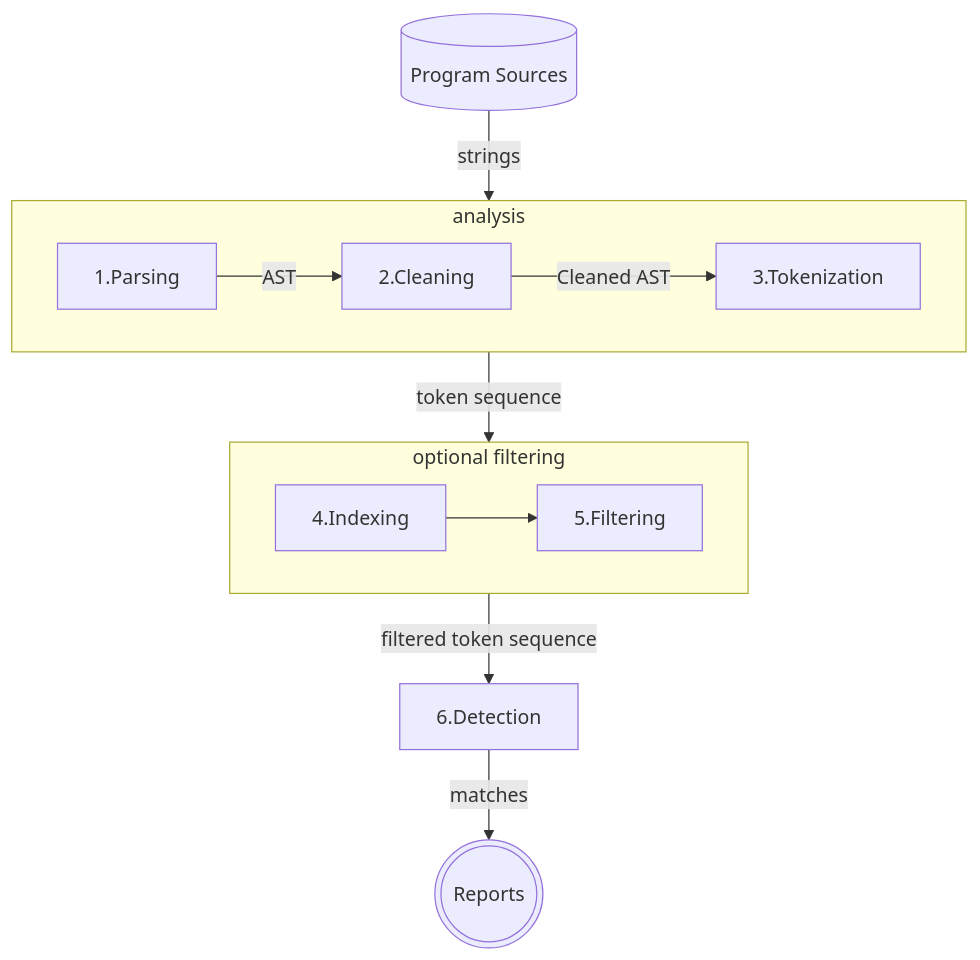
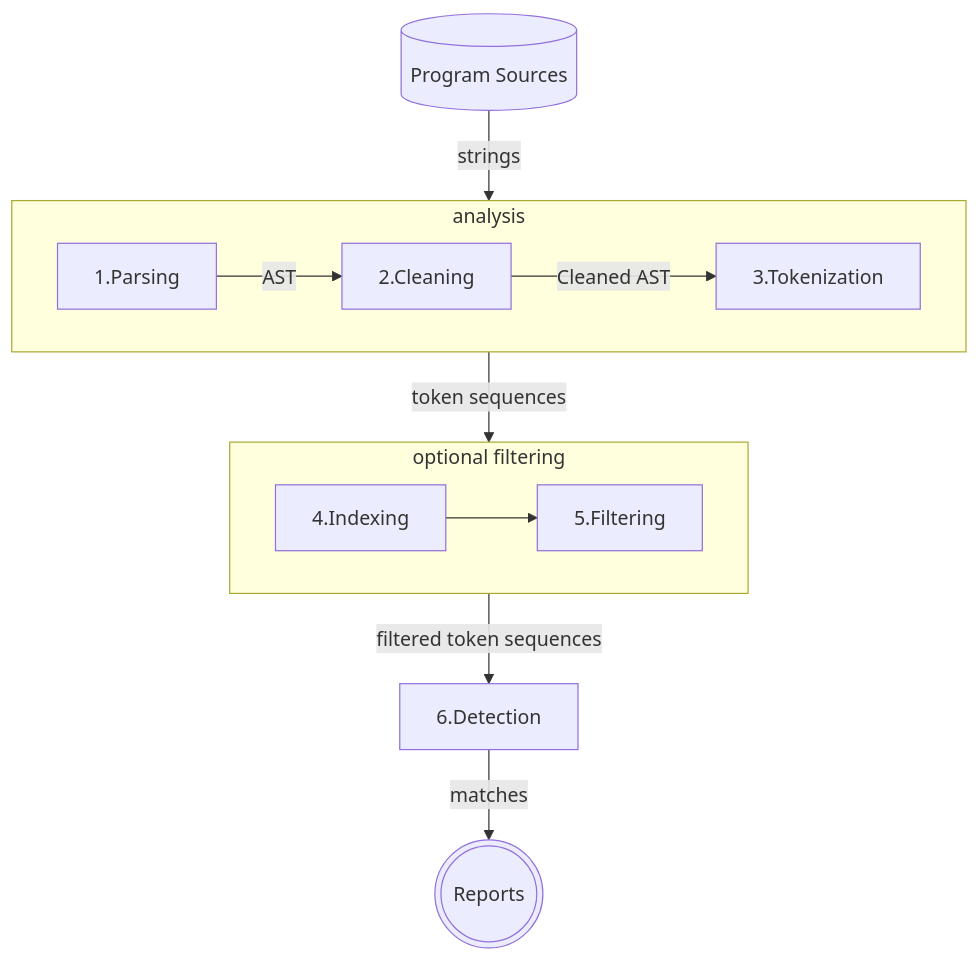
Before and after one commit to tassiLuca/bachelor-thesis: the diagram in resources/schemas/03-system-overview.mmd, drawn with Mermaid. The commit also changed 3 other files, not shown here.

```diff
--- a/resources/schemas/03-system-overview.mmd
+++ b/resources/schemas/03-system-overview.mmd
@@ -1,14 +1,14 @@
 flowchart TB
     sources[(Program Sources)] -- strings --> analysis
     subgraph analysis
     direction LR
         Parsing[1.Parsing] -- AST --> Cleaning[2.Cleaning]
         Cleaning -- Cleaned AST --> Tokenization[3.Tokenization]
     end
-    analysis -- token sequence --> optional
+    analysis -- token sequences --> optional
     subgraph optional[optional filtering]
         direction LR
         Indexing[4.Indexing] --> Filtering[5.Filtering]
     end
-    optional -- filtered token sequence --> Detection[6.Detection]
+    optional -- filtered token sequences --> Detection[6.Detection]
     Detection -- matches --> result(((Reports)))
```
